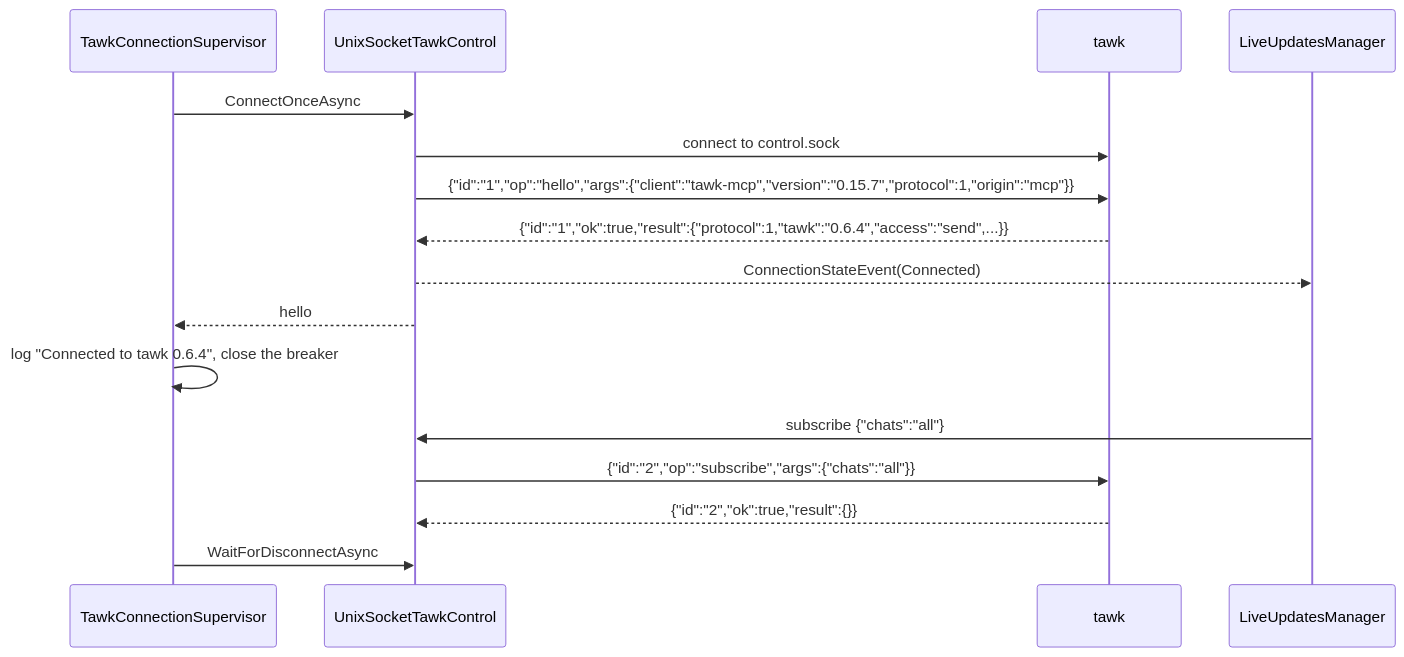
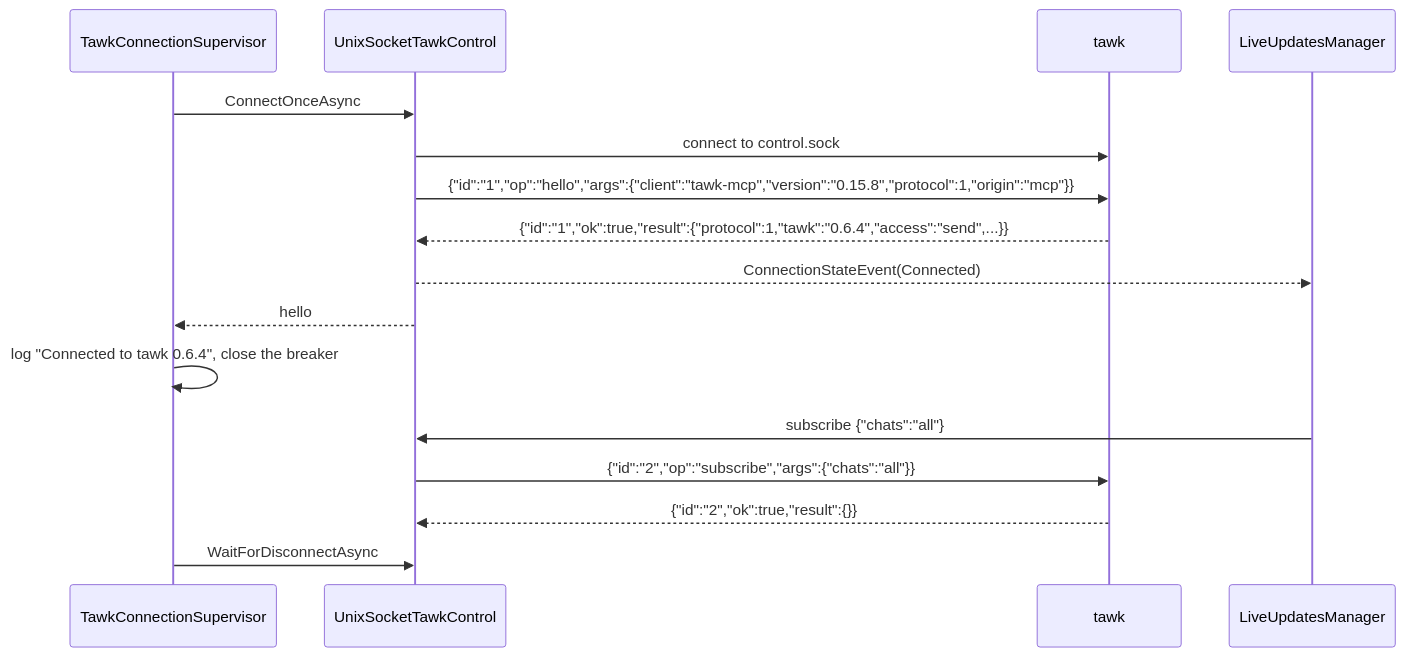
Before and after one commit to loganventer/Corvus.Mcp.Server.Tawk: the first of 14 diagrams in HOW_IT_WORKS.md, drawn with Mermaid. The commit also changed other lines of this file and 4 other files, not shown here.

First line of the commit message:
Describe the played channel event and its option in the configuration, the manual and the flows (#45)

````diff
--- a/HOW_IT_WORKS.md
+++ b/HOW_IT_WORKS.md
@@ -31,19 +31,19 @@
 ```mermaid
 sequenceDiagram
     participant S as TawkConnectionSupervisor
     participant C as UnixSocketTawkControl
     participant T as tawk
     participant L as LiveUpdatesManager
 
     S->>C: ConnectOnceAsync
     C->>T: connect to control.sock
-    C->>T: {"id":"1","op":"hello","args":{"client":"tawk-mcp","version":"0.15.7","protocol":1,"origin":"mcp"}}
+    C->>T: {"id":"1","op":"hello","args":{"client":"tawk-mcp","version":"0.15.8","protocol":1,"origin":"mcp"}}
     T-->>C: {"id":"1","ok":true,"result":{"protocol":1,"tawk":"0.6.4","access":"send",...}}
     C-->>L: ConnectionStateEvent(Connected)
     C-->>S: hello
     S->>S: log "Connected to tawk 0.6.4", close the breaker
     L->>C: subscribe {"chats":"all"}
     C->>T: {"id":"2","op":"subscribe","args":{"chats":"all"}}
     T-->>C: {"id":"2","ok":true,"result":{}}
     S->>C: WaitForDisconnectAsync
 ```
````
